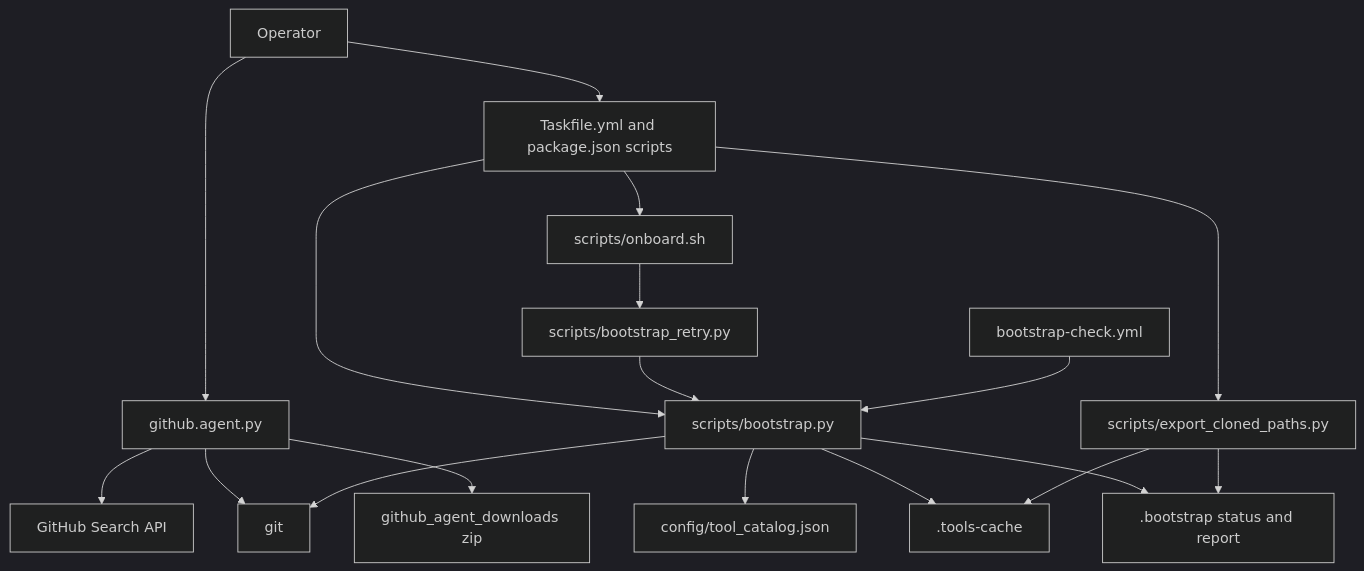
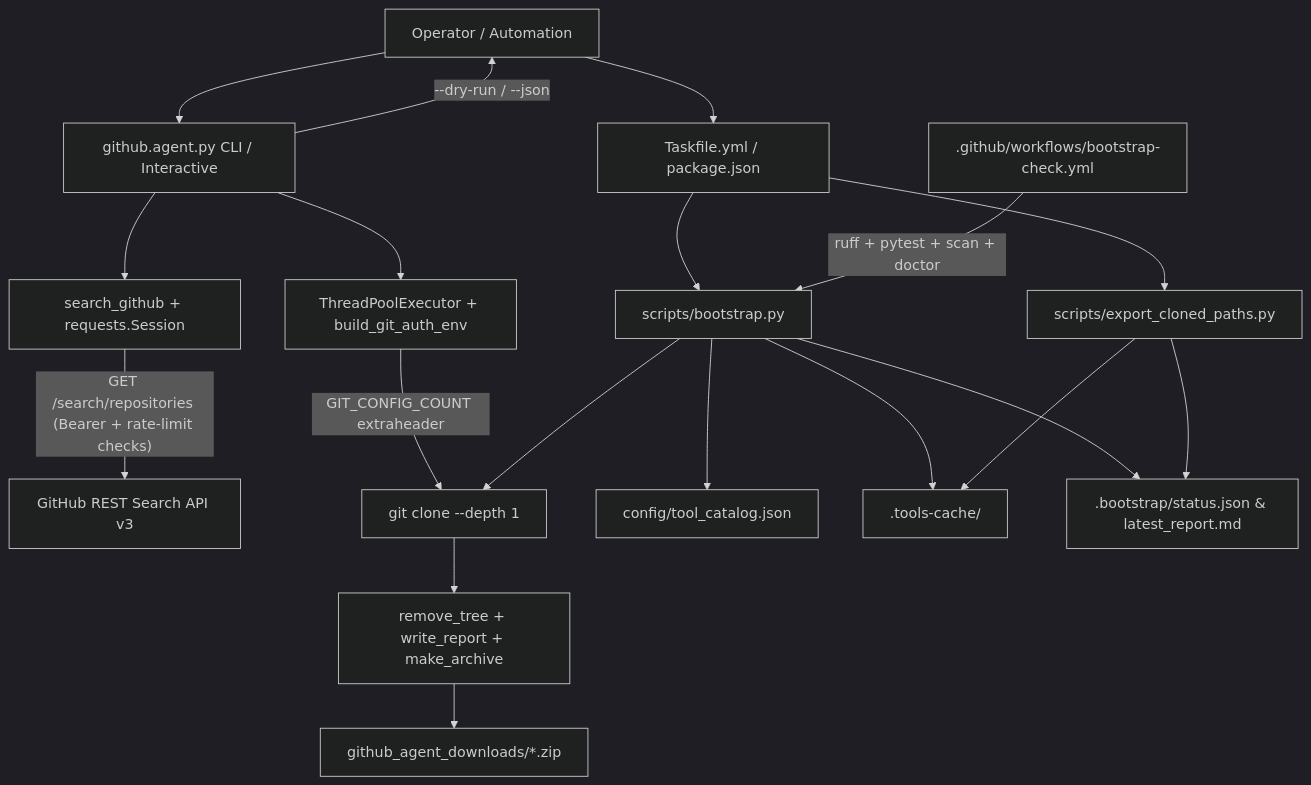
The first of 2 diagrams in README.md (Anwarito-lbd/Github-agent), drawn with Mermaid (dark theme) before and after one commit. The commit also changed other lines of this file and 12 other files, not shown here.

Commit message:
feat: harden GitHub API collector CLI, add pytest suite, and polish docs

````diff
--- a/README.md
+++ b/README.md
@@ -43,35 +57,39 @@
 ```mermaid
 flowchart TD
-  operator[Operator]
-  collector[github.agent.py]
-  taskfile[Taskfile.yml and package.json scripts]
-  onboard[scripts/onboard.sh]
-  retry[scripts/bootstrap_retry.py]
+  operator[Operator / Automation]
+  cli[github.agent.py CLI / Interactive]
+  search[search_github + requests.Session]
+  api[GitHub REST Search API v3]
+  pool[ThreadPoolExecutor + build_git_auth_env]
+  gitbin[git clone --depth 1]
+  pkg[remove_tree + write_report + make_archive]
+  zipout[github_agent_downloads/*.zip]
+
+  taskfile[Taskfile.yml / package.json]
   boot[scripts/bootstrap.py]
   catalog[config/tool_catalog.json]
-  api[GitHub Search API]
-  gitbin[git]
-  zipout[github_agent_downloads zip]
-  cache[.tools-cache]
-  state[.bootstrap status and report]
+  cache[.tools-cache/]
+  state[.bootstrap/status.json & latest_report.md]
   paths[scripts/export_cloned_paths.py]
-  ci[bootstrap-check.yml]
+  ci[.github/workflows/bootstrap-check.yml]
 
-  operator --> collector
+  operator --> cli
+  cli --> search
+  search -->|"GET /search/repositories (Bearer + rate-limit checks)"| api
+  cli -->|"--dry-run / --json"| operator
+  cli --> pool
+  pool -->|"GIT_CONFIG_COUNT extraheader"| gitbin
+  gitbin --> pkg
+  pkg --> zipout
+
   operator --> taskfile
-  taskfile --> onboard
   taskfile --> boot
   taskfile --> paths
-  onboard --> retry
-  retry --> boot
-  collector --> api
-  collector --> gitbin
-  collector --> zipout
   boot --> catalog
   boot --> gitbin
   boot --> cache
   boot --> state
   paths --> cache
   paths --> state
-  ci --> boot
+  ci -->|"ruff + pytest + scan + doctor"| boot
 ```
````
